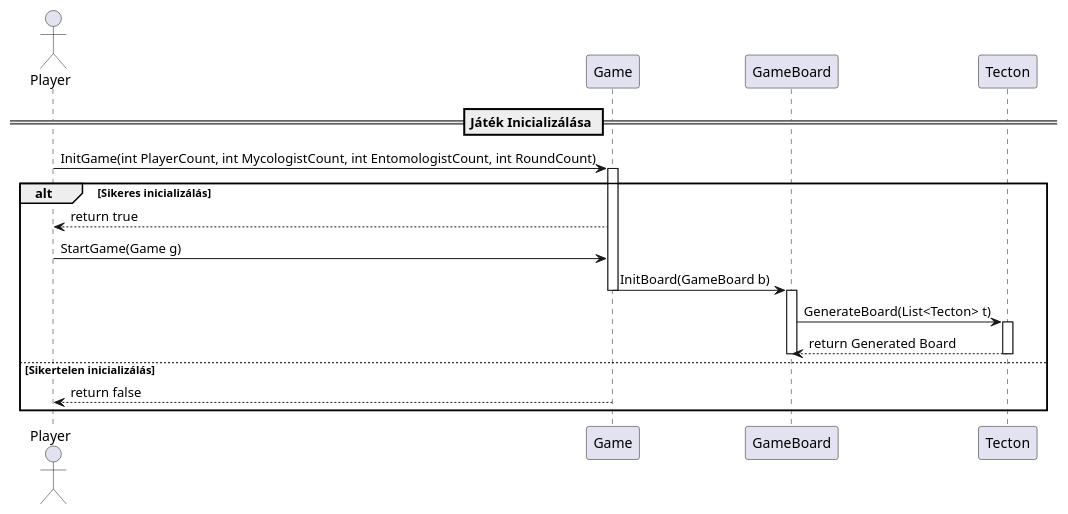
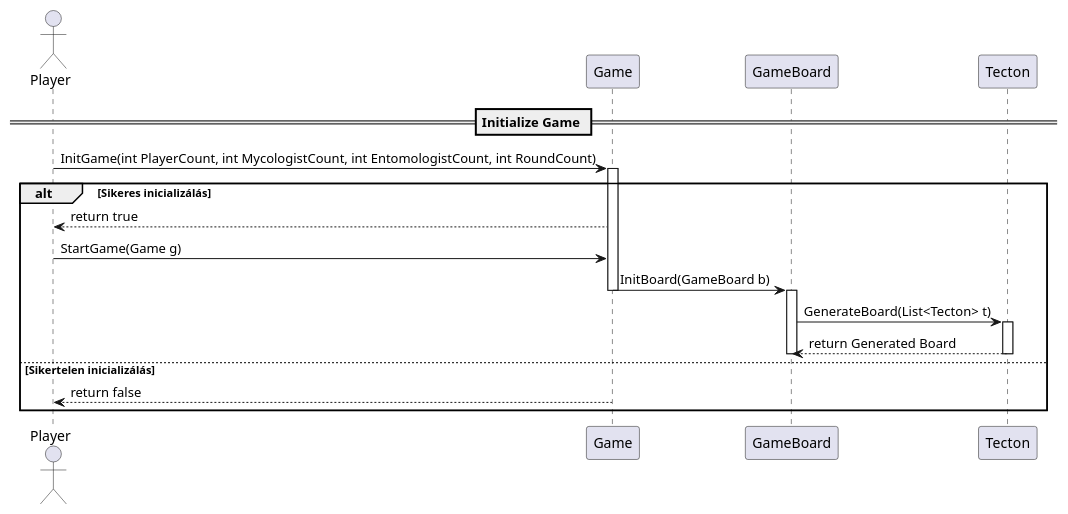
The diagram in UML/TestSequence/1-init.puml (hujberhunor/SzomiSztegoProjlab), drawn with PlantUML before and after one commit. The commit also changed 9 other files, not shown here.

```diff
--- a/UML/TestSequence/1-init.puml
+++ b/UML/TestSequence/1-init.puml
@@ -27,30 +27,30 @@
 @startuml
 
-== Játék Inicializálása ==
+== Initialize Game ==
 
 actor Player
 participant Game
 participant GameBoard
 participant Tecton
 
 Player -> Game: InitGame(int PlayerCount, int MycologistCount, int EntomologistCount, int RoundCount)
 activate Game
 
 alt Sikeres inicializálás
     Game --> Player: return true 
     Player -> Game: StartGame(Game g)
     Game -> GameBoard: InitBoard(GameBoard b)
     deactivate Game
     activate GameBoard
 
     GameBoard -> Tecton: GenerateBoard(List<Tecton> t)
     activate Tecton
     Tecton --> GameBoard: return Generated Board
     deactivate Tecton
 
     deactivate GameBoard
 else Sikertelen inicializálás
     Game --> Player: return false
 end
 
 @enduml
```
